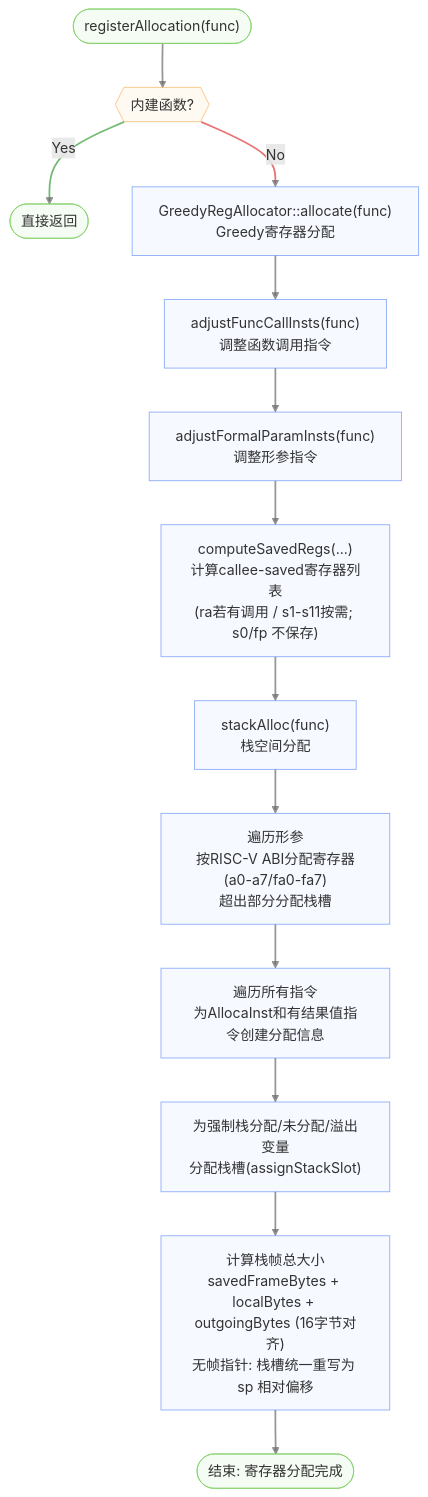
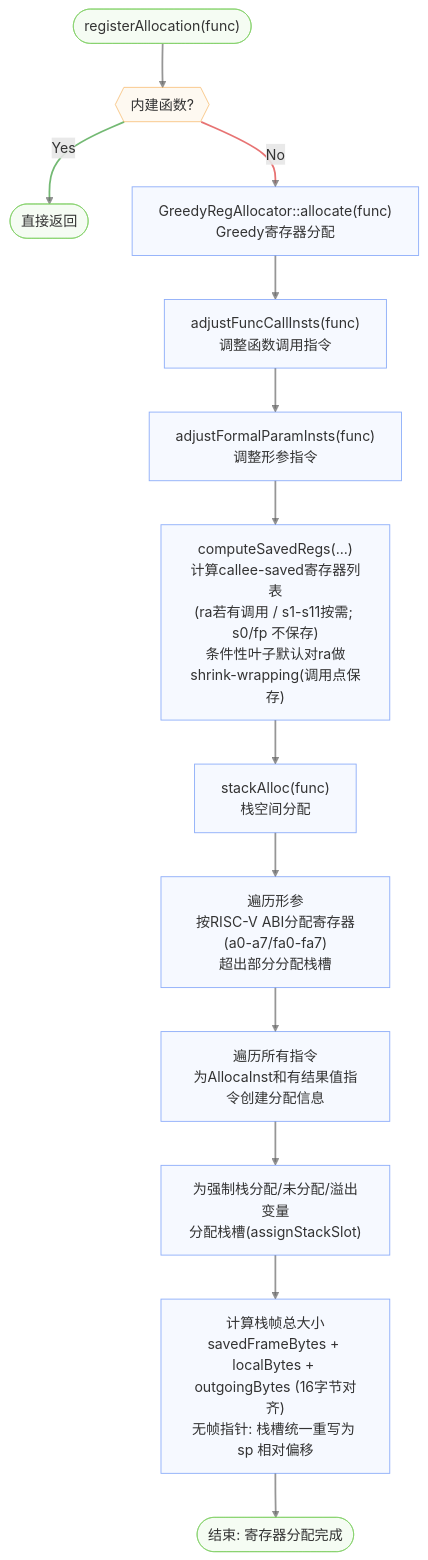
One commit to LLLLLLLLazy/compiler-lite changed the fourth of 4 diagrams in docs/backend-overview.md. Above: the diagram before and after it, drawn with Mermaid. The commit also changed 18 other files, not shown here.

````diff
--- a/docs/backend-overview.md
+++ b/docs/backend-overview.md
@@ -109,31 +109,31 @@
 ```mermaid
 flowchart TD
     Start(["registerAllocation(func)"]) --> BuiltinCheck{{"内建函数?"}}
     BuiltinCheck -- "Yes" --> Return(["直接返回"])
     BuiltinCheck -- "No" --> Greedy["GreedyRegAllocator::allocate(func)<br>Greedy寄存器分配"]
 
     Greedy --> AdjustCall["adjustFuncCallInsts(func)<br>调整函数调用指令"]
     AdjustCall --> AdjustParam["adjustFormalParamInsts(func)<br>调整形参指令"]
-    AdjustParam --> SavedRegs["computeSavedRegs(...)<br>计算callee-saved寄存器列表<br>(ra若有调用 / s1-s11按需; s0/fp 不保存)"]
+    AdjustParam --> SavedRegs["computeSavedRegs(...)<br>计算callee-saved寄存器列表<br>(ra若有调用 / s1-s11按需; s0/fp 不保存)<br>条件性叶子默认对ra做shrink-wrapping(调用点保存)"]
     SavedRegs --> StackAlloc["stackAlloc(func)<br>栈空间分配"]
 
     StackAlloc --> ParamLoop["遍历形参<br>按RISC-V ABI分配寄存器(a0-a7/fa0-fa7)<br>超出部分分配栈槽"]
     ParamLoop --> InstLoop["遍历所有指令<br>为AllocaInst和有结果值指令创建分配信息"]
     InstLoop --> SpillLoop["为强制栈分配/未分配/溢出变量<br>分配栈槽(assignStackSlot)"]
     SpillLoop --> FrameCalc["计算栈帧总大小<br>savedFrameBytes + localBytes + outgoingBytes (16字节对齐)<br>无帧指针: 栈槽统一重写为 sp 相对偏移"]
     FrameCalc --> End(["结束: 寄存器分配完成"])
 
     %%Node styles
     classDef default fill:#E2EAFE4F,stroke:#5A88F6AF
     classDef endNode fill:#DDF4D84F,stroke:#7DCF62AF
     classDef decisionNode fill:#FCEBD34f,stroke:#F6AA4BAF
 
     %%Link styles
     linkStyle default stroke:#666666AF,stroke-width:2px
     linkStyle 1 stroke:#339933AF,stroke-width:2px
     linkStyle 2 stroke:#DD3333AF,stroke-width:2px
 
     %%Node classes
     class Start,End,Return endNode
     class BuiltinCheck decisionNode
 ```
````
